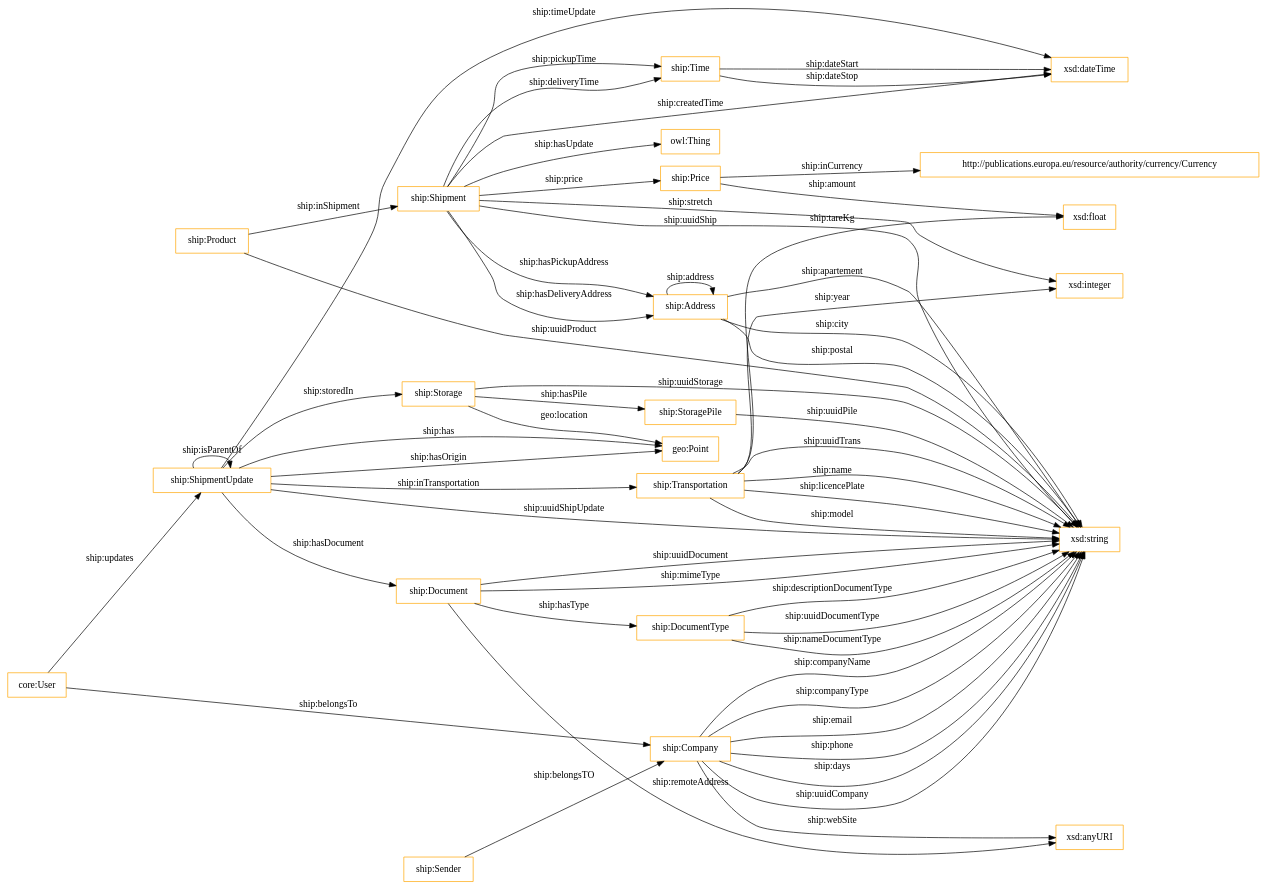
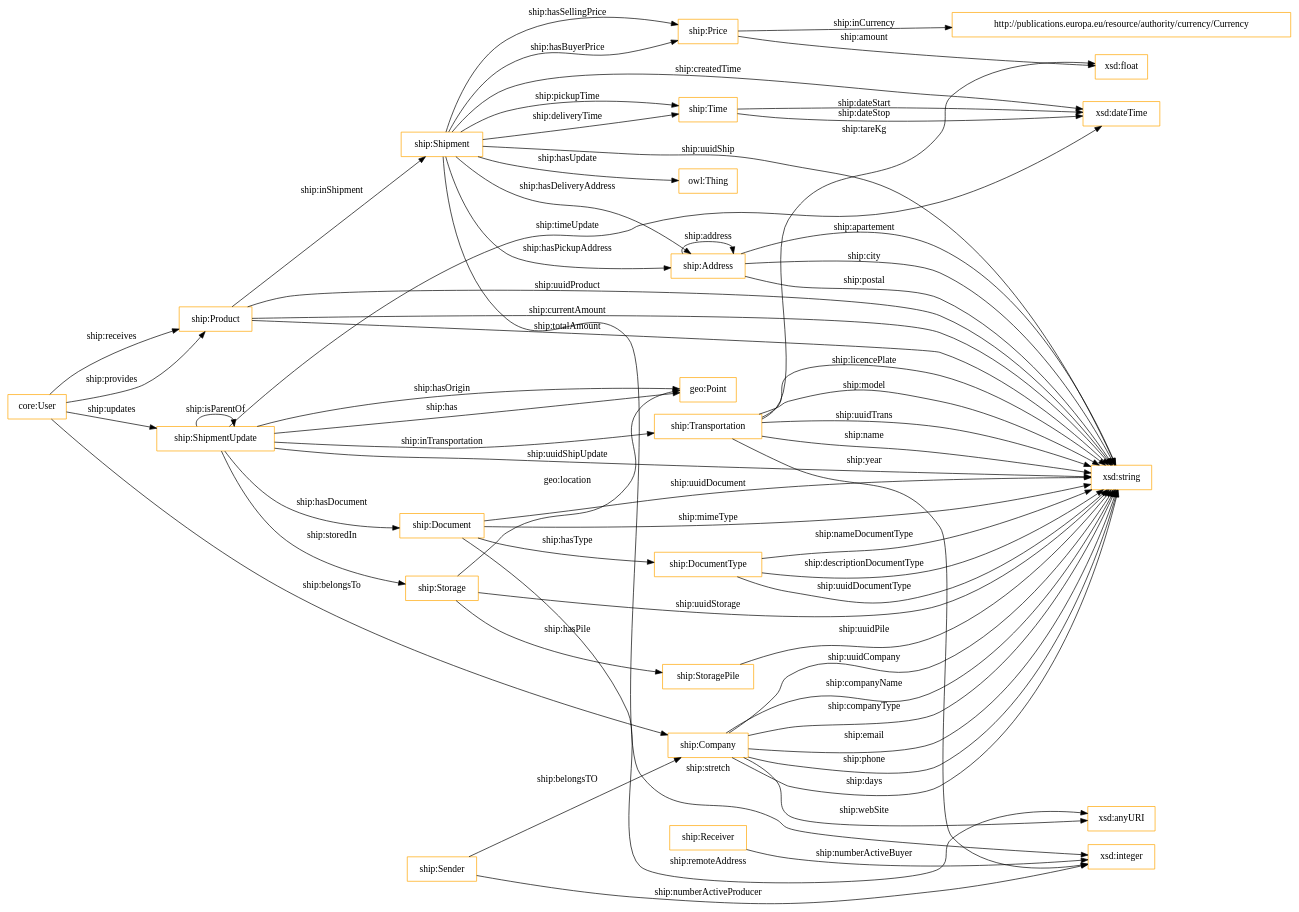
One commit to oeg-upm/auroral-shipmentBiomass-ontology changed the diagram in OnToology/ontology/shipment.ttl/diagrams/ar2dtool-class/shipment.ttl.png.dot. Above: the diagram before and after it, drawn with Graphviz. The commit also changed 22 other files, not shown here.

```diff
--- a/OnToology/ontology/shipment.ttl/diagrams/ar2dtool-class/shipment.ttl.png.dot
+++ b/OnToology/ontology/shipment.ttl/diagrams/ar2dtool-class/shipment.ttl.png.dot
@@ -1,60 +1,67 @@
 digraph ar2dtool_diagram { 
 rankdir=LR;
 size="1501"
-node [shape = rectangle, color="orange"]; "ship:Shipment" "ship:ShipmentUpdate" "ship:DocumentType" "ship:Address" "ship:Price" "core:User" "ship:Time" "http://publications.europa.eu/resource/authority/currency/Currency" "ship:Product" "ship:Document" "ship:Storage" "ship:StoragePile" "ship:Transportation" "ship:Company" "geo:Point" "ship:Sender" ; /*classes style*/
+node [shape = rectangle, color="orange"]; "ship:Shipment" "ship:ShipmentUpdate" "ship:DocumentType" "ship:Address" "ship:Price" "core:User" "ship:Time" "http://publications.europa.eu/resource/authority/currency/Currency" "ship:Product" "ship:Document" "ship:Storage" "ship:StoragePile" "ship:Receiver" "ship:Transportation" "ship:Company" "geo:Point" "ship:Sender" ; /*classes style*/
 	"ship:Time" -> "xsd:dateTime" [ label = "ship:dateStop" ];
 	"ship:ShipmentUpdate" -> "ship:Document" [ label = "ship:hasDocument" ];
 	"ship:Company" -> "xsd:string" [ label = "ship:companyType" ];
 	"ship:Company" -> "xsd:anyURI" [ label = "ship:webSite" ];
 	"ship:ShipmentUpdate" -> "geo:Point" [ label = "ship:has" ];
 	"ship:Shipment" -> "ship:Time" [ label = "ship:deliveryTime" ];
 	"ship:Sender" -> "ship:Company" [ label = "ship:belongsTO" ];
 	"ship:Address" -> "xsd:string" [ label = "ship:city" ];
 	"ship:Product" -> "ship:Shipment" [ label = "ship:inShipment" ];
 	"ship:Price" -> "xsd:float" [ label = "ship:amount" ];
 	"ship:Company" -> "xsd:string" [ label = "ship:email" ];
 	"core:User" -> "ship:ShipmentUpdate" [ label = "ship:updates" ];
 	"ship:Address" -> "ship:Address" [ label = "ship:address" ];
 	"ship:Time" -> "xsd:dateTime" [ label = "ship:dateStart" ];
 	"ship:DocumentType" -> "xsd:string" [ label = "ship:nameDocumentType" ];
-	"ship:Shipment" -> "ship:Price" [ label = "ship:price" ];
+	"ship:Shipment" -> "ship:Price" [ label = "ship:hasSellingPrice" ];
 	"ship:Document" -> "ship:DocumentType" [ label = "ship:hasType" ];
 	"ship:Price" -> "http://publications.europa.eu/resource/authority/currency/Currency" [ label = "ship:inCurrency" ];
 	"ship:Transportation" -> "xsd:string" [ label = "ship:licencePlate" ];
+	"ship:Receiver" -> "xsd:integer" [ label = "ship:numberActiveBuyer" ];
 	"ship:Shipment" -> "xsd:integer" [ label = "ship:stretch" ];
 	"core:User" -> "ship:Company" [ label = "ship:belongsTo" ];
 	"ship:Shipment" -> "xsd:dateTime" [ label = "ship:createdTime" ];
 	"ship:Storage" -> "ship:StoragePile" [ label = "ship:hasPile" ];
 	"ship:Transportation" -> "xsd:string" [ label = "ship:model" ];
+	"ship:Shipment" -> "ship:Price" [ label = "ship:hasBuyerPrice" ];
 	"ship:Product" -> "xsd:string" [ label = "ship:uuidProduct" ];
 	"ship:Company" -> "xsd:string" [ label = "ship:phone" ];
 	"ship:Shipment" -> "owl:Thing" [ label = "ship:hasUpdate" ];
 	"ship:ShipmentUpdate" -> "xsd:string" [ label = "ship:uuidShipUpdate" ];
 	"ship:Company" -> "xsd:string" [ label = "ship:days" ];
+	"ship:Sender" -> "xsd:integer" [ label = "ship:numberActiveProducer" ];
 	"ship:Transportation" -> "xsd:integer" [ label = "ship:year" ];
+	"core:User" -> "ship:Product" [ label = "ship:receives" ];
 	"ship:Transportation" -> "xsd:string" [ label = "ship:uuidTrans" ];
+	"ship:Product" -> "xsd:string" [ label = "ship:currentAmount" ];
 	"ship:Address" -> "xsd:string" [ label = "ship:postal" ];
 	"ship:Shipment" -> "ship:Time" [ label = "ship:pickupTime" ];
 	"ship:ShipmentUpdate" -> "xsd:dateTime" [ label = "ship:timeUpdate" ];
 	"ship:Shipment" -> "ship:Address" [ label = "ship:hasDeliveryAddress" ];
 	"ship:ShipmentUpdate" -> "ship:ShipmentUpdate" [ label = "ship:isParentOf" ];
 	"ship:StoragePile" -> "xsd:string" [ label = "ship:uuidPile" ];
 	"ship:Shipment" -> "ship:Address" [ label = "ship:hasPickupAddress" ];
 	"ship:Company" -> "xsd:string" [ label = "ship:uuidCompany" ];
 	"ship:Storage" -> "geo:Point" [ label = "geo:location" ];
 	"ship:ShipmentUpdate" -> "ship:Storage" [ label = "ship:storedIn" ];
 	"ship:Shipment" -> "xsd:string" [ label = "ship:uuidShip" ];
 	"ship:Company" -> "xsd:string" [ label = "ship:companyName" ];
 	"ship:DocumentType" -> "xsd:string" [ label = "ship:descriptionDocumentType" ];
 	"ship:Document" -> "xsd:string" [ label = "ship:uuidDocument" ];
 	"ship:ShipmentUpdate" -> "ship:Transportation" [ label = "ship:inTransportation" ];
 	"ship:Document" -> "xsd:anyURI" [ label = "ship:remoteAddress" ];
 	"ship:Document" -> "xsd:string" [ label = "ship:mimeType" ];
 	"ship:Transportation" -> "xsd:float" [ label = "ship:tareKg" ];
 	"ship:ShipmentUpdate" -> "geo:Point" [ label = "ship:hasOrigin" ];
 	"ship:Transportation" -> "xsd:string" [ label = "ship:name" ];
 	"ship:Address" -> "xsd:string" [ label = "ship:apartement" ];
 	"ship:Storage" -> "xsd:string" [ label = "ship:uuidStorage" ];
+	"core:User" -> "ship:Product" [ label = "ship:provides" ];
+	"ship:Product" -> "xsd:string" [ label = "ship:totalAmount" ];
 	"ship:DocumentType" -> "xsd:string" [ label = "ship:uuidDocumentType" ];
 
 }
```
